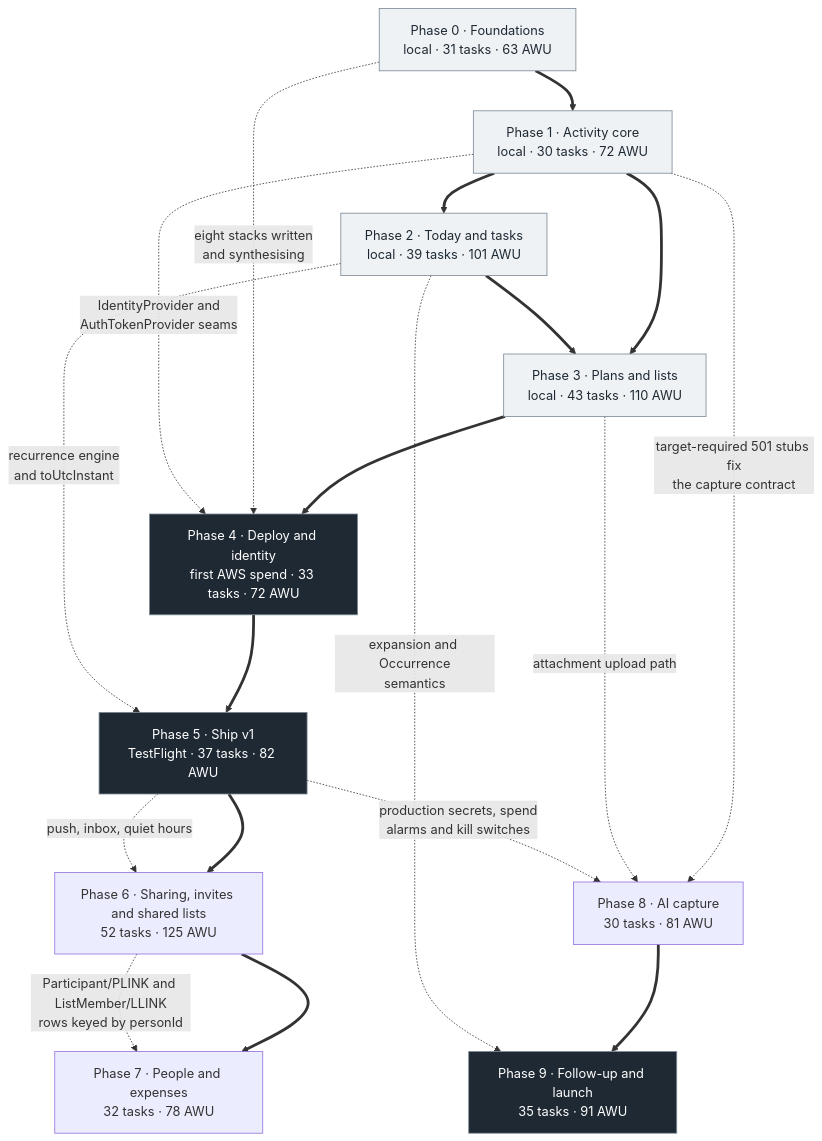
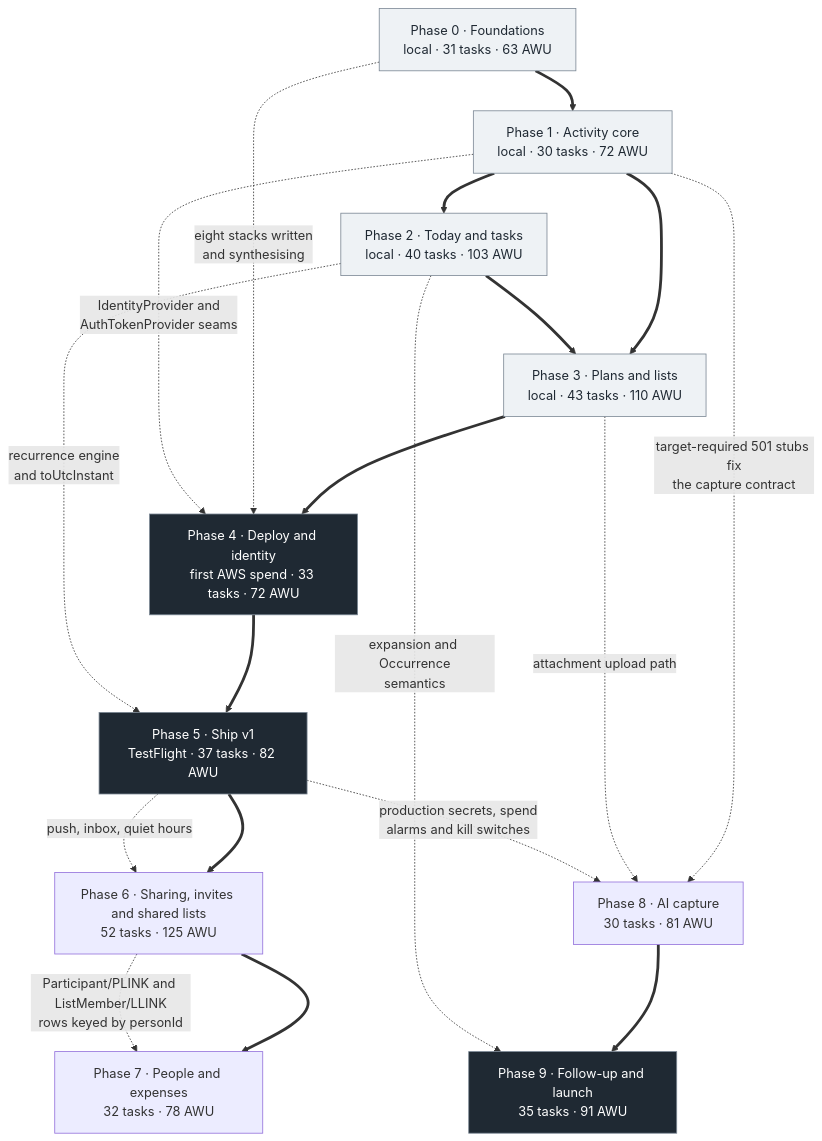
The diagram in docs/03-implementation/roadmap.md (malikujjwal/ordinarydays), drawn with Mermaid before and after one commit. The commit also changed other lines of this file and 2 other files, not shown here.

````diff
--- a/docs/03-implementation/roadmap.md
+++ b/docs/03-implementation/roadmap.md
@@ -238,38 +238,38 @@
 ```mermaid
 graph TD
     P0["Phase 0 · Foundations<br/>local · 31 tasks · 63 AWU"]
     P1["Phase 1 · Activity core<br/>local · 30 tasks · 72 AWU"]
-    P2["Phase 2 · Today and tasks<br/>local · 39 tasks · 101 AWU"]
+    P2["Phase 2 · Today and tasks<br/>local · 40 tasks · 103 AWU"]
     P3["Phase 3 · Plans and lists<br/>local · 43 tasks · 110 AWU"]
     P4["Phase 4 · Deploy and identity<br/>first AWS spend · 33 tasks · 72 AWU"]
     P5["Phase 5 · Ship v1<br/>TestFlight · 37 tasks · 82 AWU"]
     P6["Phase 6 · Sharing, invites and shared lists<br/>52 tasks · 125 AWU"]
     P7["Phase 7 · People and expenses<br/>32 tasks · 78 AWU"]
     P8["Phase 8 · AI capture<br/>30 tasks · 81 AWU"]
     P9["Phase 9 · Follow-up and launch<br/>35 tasks · 91 AWU"]
 
     P0 ==> P1
     P1 ==> P2
     P1 ==> P3
     P2 ==> P3
     P3 ==> P4
     P4 ==> P5
     P5 ==> P6
     P6 ==> P7
     P8 ==> P9
 
     P0 -. "eight stacks written<br/>and synthesising" .-> P4
     P1 -. "IdentityProvider and<br/>AuthTokenProvider seams" .-> P4
     P1 -. "target-required 501 stubs fix<br/>the capture contract" .-> P8
     P2 -. "recurrence engine<br/>and toUtcInstant" .-> P5
     P2 -. "expansion and Occurrence<br/>semantics" .-> P9
     P3 -. "attachment upload path" .-> P8
     P5 -. "production secrets, spend<br/>alarms and kill switches" .-> P8
     P5 -. "push, inbox, quiet hours" .-> P6
     P6 -. "Participant/PLINK and ListMember/LLINK<br/>rows keyed by personId" .-> P7
 
     classDef local fill:#eef2f5,stroke:#7b8794,color:#1f2933
     classDef ship fill:#1f2933,stroke:#7b8794,color:#ffffff
     class P0,P1,P2,P3 local
     class P4,P5,P9 ship
 ```
````
